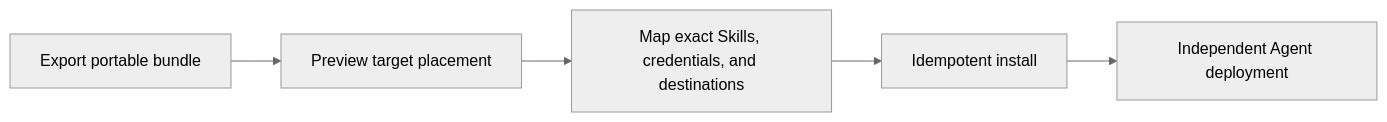
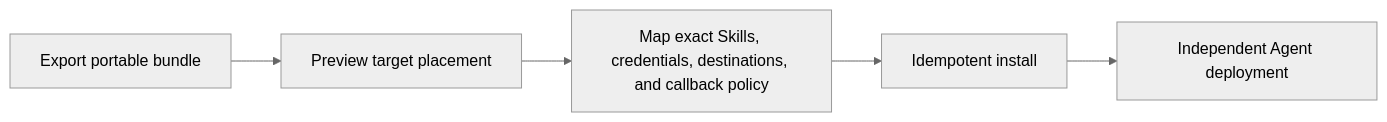
The first of 3 diagrams in docs/concepts.md (axiom-studio/openseal), drawn with Mermaid (neutral theme) before and after one commit. The commit also changed other lines of this file and 1 other file, not shown here.

````diff
--- a/docs/concepts.md
+++ b/docs/concepts.md
@@ -49,7 +50,7 @@
 ```mermaid
 flowchart LR
     Export[Export portable bundle] --> Preview[Preview target placement]
-    Preview --> Map[Map exact Skills, credentials, and destinations]
+    Preview --> Map[Map exact Skills, credentials, destinations, and callback policy]
     Map --> Install[Idempotent install]
     Install --> Agent[Independent Agent deployment]
 ```
````
